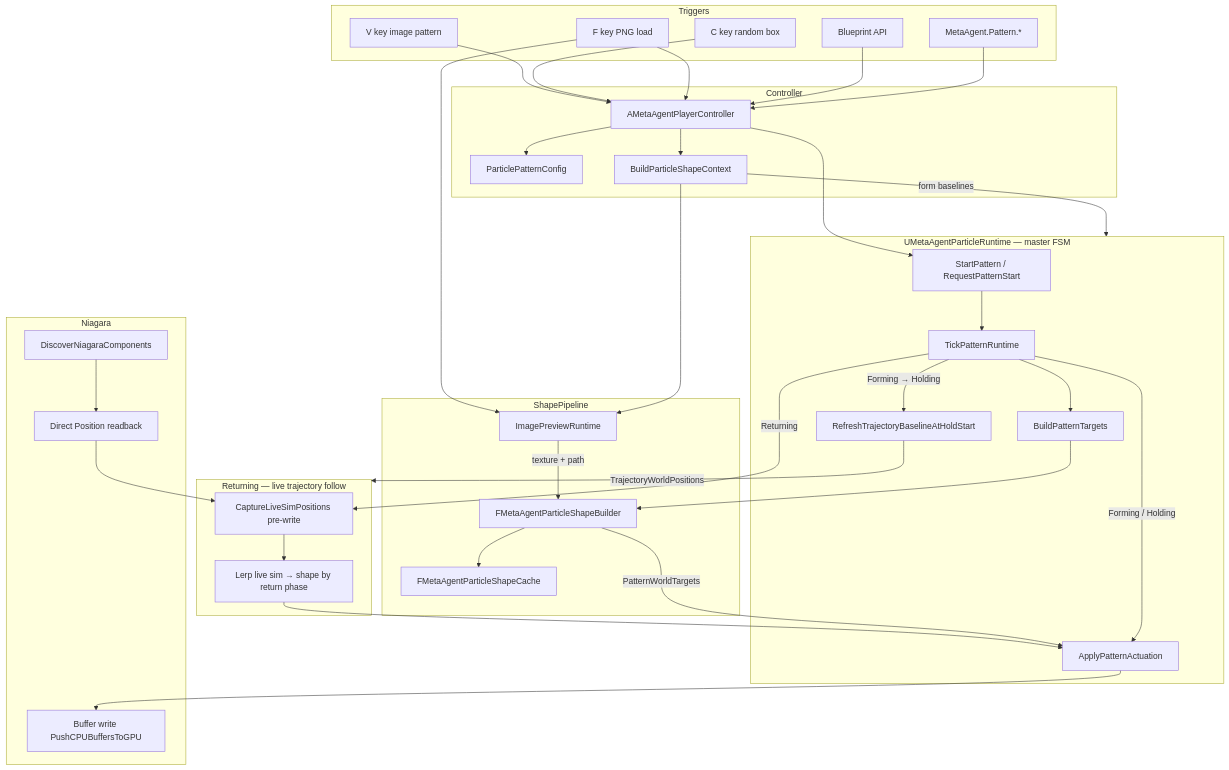
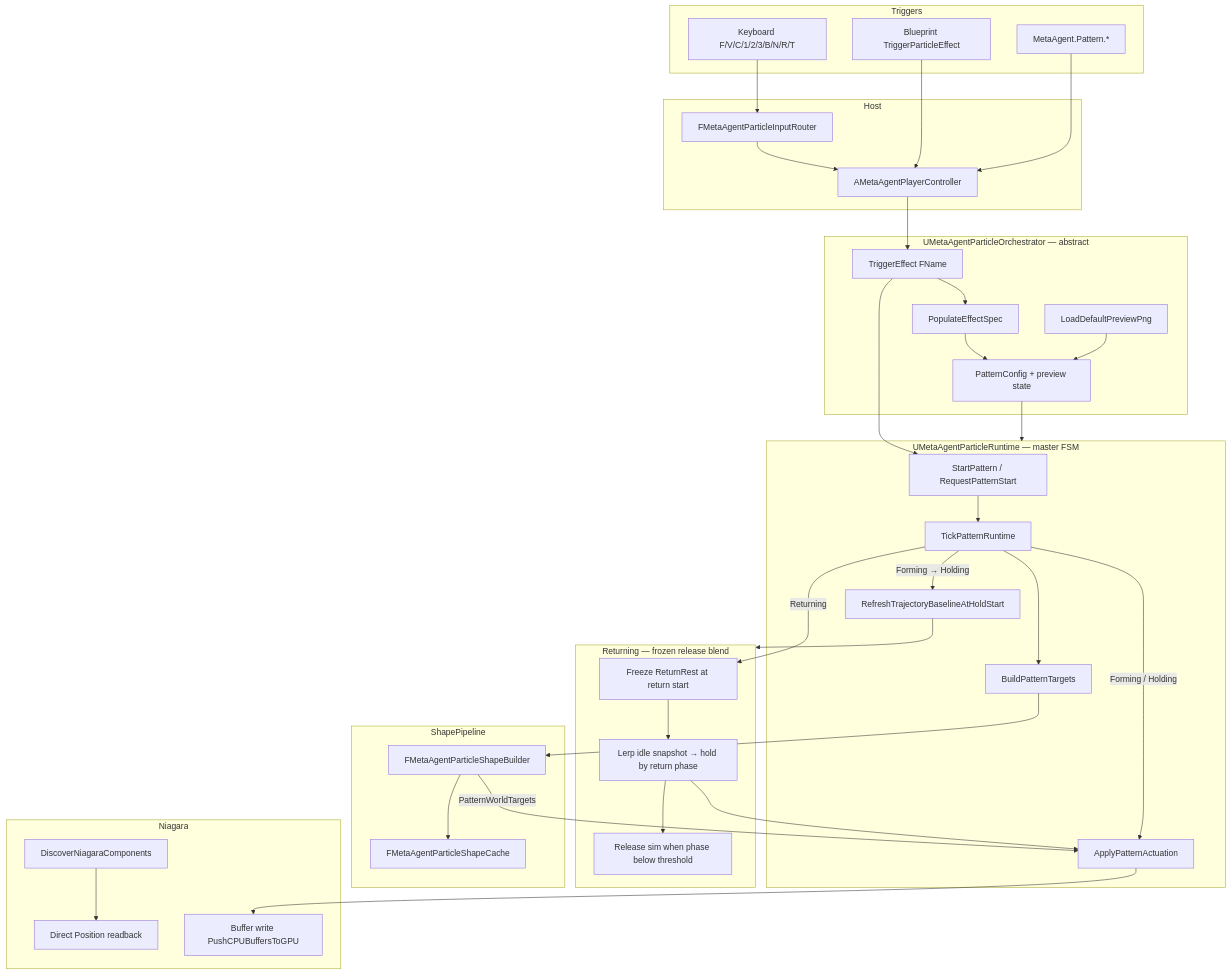
One commit to vecnode/metaagent-ue5-plugin changed diagram 11 of 14 in README.md. Above: the diagram before and after it, drawn with Mermaid. The commit also changed other lines of this file and 17 other files, not shown here.

````diff
--- a/README.md
+++ b/README.md
@@ -692,68 +700,70 @@
 ```mermaid
 flowchart TB
     subgraph Triggers
-        V[V key image pattern]
-        C[C key random box]
-        F[F key PNG load]
-        BP[Blueprint API]
+        Keys[Keyboard F/V/C/1/2/3/B/N/R/T]
+        BP[Blueprint TriggerParticleEffect]
         Console[MetaAgent.Pattern.*]
     end
 
-    subgraph Controller
+    subgraph Host
         PC[AMetaAgentPlayerController]
-        Config[ParticlePatternConfig]
-        Ctx[BuildParticleShapeContext]
+        Router[FMetaAgentParticleInputRouter]
+    end
+
+    subgraph Orchestrator["UMetaAgentParticleOrchestrator — abstract"]
+        TE[TriggerEffect FName]
+        Spec[PopulateEffectSpec]
+        Preview[LoadDefaultPreviewPng]
+        Config[PatternConfig + preview state]
     end
 
     subgraph ParticleFSM["UMetaAgentParticleRuntime — master FSM"]
         Start[StartPattern / RequestPatternStart]
         Tick[TickPatternRuntime]
         Build[BuildPatternTargets]
         Traj[RefreshTrajectoryBaselineAtHoldStart]
         Act[ApplyPatternActuation]
     end
 
-    subgraph ReturnBlend["Returning — live trajectory follow"]
-        LiveRead[CaptureLiveSimPositions pre-write]
-        Lerp["Lerp live sim → shape by return phase"]
-        LiveRead --> Lerp
+    subgraph ReturnBlend["Returning — frozen release blend"]
+        Freeze[Freeze ReturnRest at return start]
+        Lerp["Lerp idle snapshot → hold by return phase"]
+        Release[Release sim when phase below threshold]
+        Freeze --> Lerp
         Lerp --> Act
+        Lerp --> Release
     end
 
     subgraph ShapePipeline
         Builder[FMetaAgentParticleShapeBuilder]
         Cache[FMetaAgentParticleShapeCache]
-        Preview[ImagePreviewRuntime]
     end
 
     subgraph Niagara
         Discover[DiscoverNiagaraComponents]
         Capture[Direct Position readback]
         Write[Buffer write PushCPUBuffersToGPU]
     end
 
-    V --> PC
-    C --> PC
-    F --> PC
+    Keys --> Router
+    Router --> PC
     BP --> PC
     Console --> PC
-    PC --> Config
-    PC --> Ctx
-    PC --> Start
+    PC --> TE
+    TE --> Spec
+    Spec --> Config
+    TE --> Start
+    Preview --> Config
+    Config --> ParticleFSM
     Start --> Tick
-    F --> Preview
-    Ctx --> Preview
-    Ctx -->|form baselines| ParticleFSM
-    Preview -->|texture + path| Builder
     Tick --> Build
     Build --> Builder
     Builder --> Cache
     Builder -->|PatternWorldTargets| Act
     Tick -->|Forming → Holding| Traj
-    Traj -->|TrajectoryWorldPositions| ReturnBlend
+    Traj --> ReturnBlend
     Tick -->|Forming / Holding| Act
-    Tick -->|Returning| LiveRead
+    Tick -->|Returning| Freeze
     Discover --> Capture
-    Capture --> LiveRead
     Act --> Write
 ```
````
